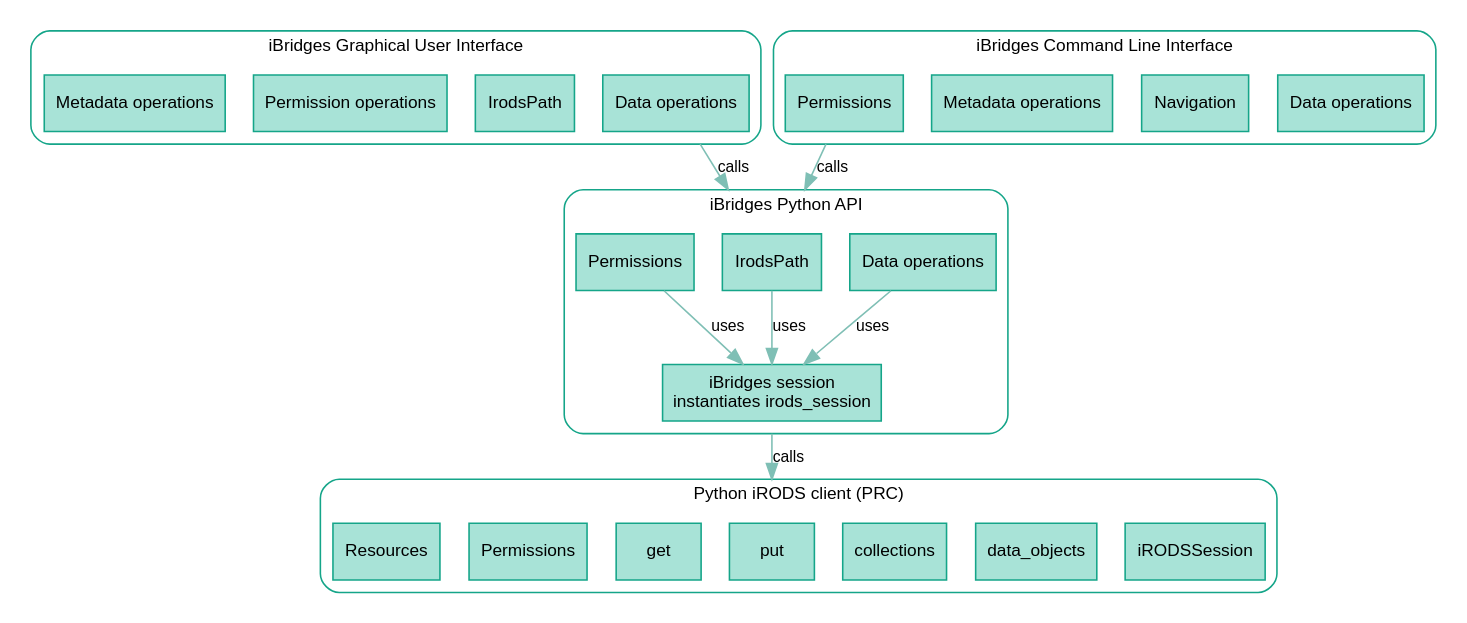
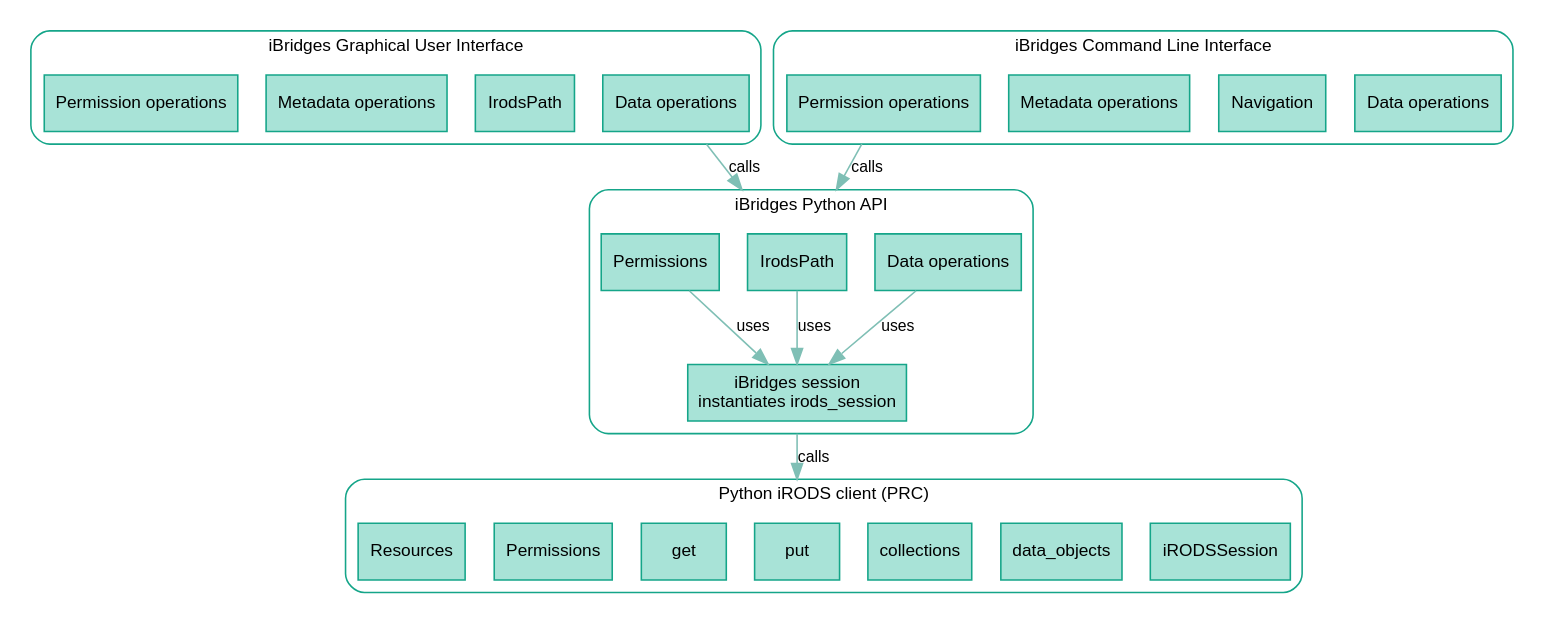
Before and after one commit to iBridges-for-iRODS/iBridges-Training: the second of 2 diagrams in book/slides/pres-introduction.qmd, drawn with Graphviz. The commit also changed 1 other file, not shown here.

Commit message:
sort nodes cli/gui

````diff
--- a/book/slides/pres-introduction.qmd
+++ b/book/slides/pres-introduction.qmd
@@ -214,73 +214,74 @@
 ```{dot}
 //| fig-width: 16
 //| fig-height: 11
 digraph ibridges_prc {
     compound=True;
     rankdir=TD;   // top-down layout
 
     graph [fontsize=11, fontname="Arial", rank = TB, style=rounded, color="#15a589"];
     node  [
         shape=box,
         style=filled,
         color="#15a589",
         fillcolor="#a8e3d7",
         fontsize=11,
         fontname="Arial"
     ];
     edge [
         fontsize=10,
         fontname="Arial",
         color="#7fbfb5",
         penwidth=1
     ];
     // Cluster for API features
     subgraph cluster_api_features {
         label="iBridges Python API";
 
         Session    [label="iBridges session\ninstantiates irods_session"];
         DataOps    [label="Data operations"];
         IrodsPath  [label="IrodsPath"];
         Permissions[label="Permissions"]
     }
 
     subgraph cluster_gui_features {
         label="iBridges Graphical User Interface";
 
         GuiDataOps[label="Data operations"];
-        GuiIrodspath[label="IrodsPath"]
-        GuiPermissions[label="Permission operations"];
+        GuiIrodspath[label="IrodsPath"];
         GuiMetadata[label="Metadata operations"];
+        GuiPermissions[label="Permission operations"]
     }
 
     subgraph cluster_cli_features {
         label="iBridges Command Line Interface";
 
         CliDataOps[label="Data operations"];
         CliNavigation[label="Navigation"];
         CliMetadata[label="Metadata operations"];
-        CliPermissions[label="Permissions"]
+        CliPermissions[label="Permission operations"]
     }
 
     subgraph cluster_prc {
         label="Python iRODS client (PRC)";
         PrcSession[label="iRODSSession"];
         PrcDataObjects[label="data_objects"];
         PrcCollections[label="collections"];
         PrcPut[label="put"];
         PrcGet[label="get"];
         PrcACLs[label="Permissions"];
         PrcRescs[label="Resources"]
     }
 
 
     GuiDataOps -> IrodsPath[label="calls", ltail="cluster_gui_features", lhead="cluster_api_features"]
     CliPermissions -> IrodsPath[label="calls", ltail="cluster_cli_features", lhead="cluster_api_features"]
 
     // Relationships inside API features
     DataOps   -> Session     [label="uses"];
     IrodsPath -> Session     [label="uses"];
     Permissions -> Session   [label="uses"]
     
     Session   -> PrcPut[label="calls", ltail="cluster_api_features", lhead="cluster_prc"];
 }
+
 ```
````
